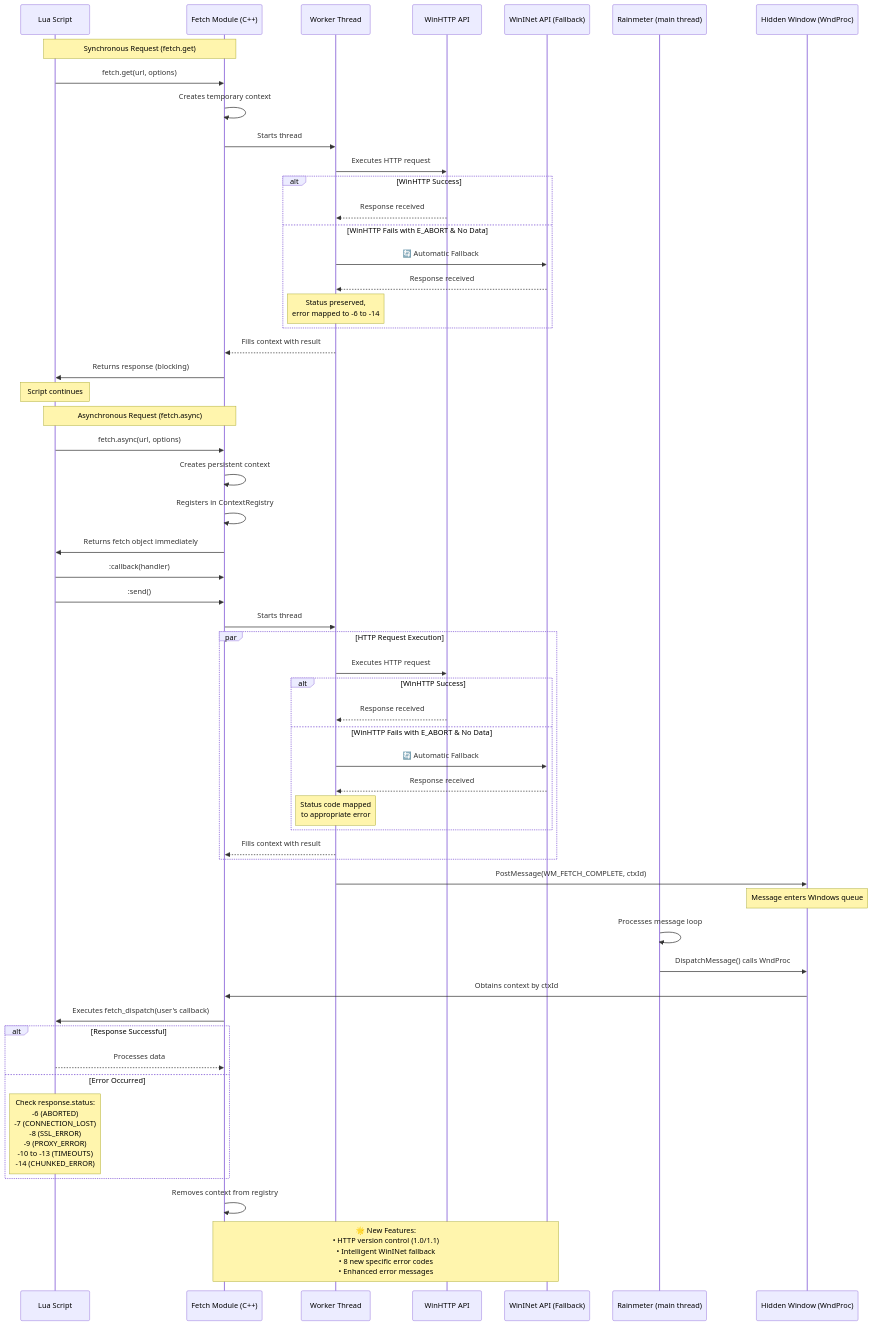
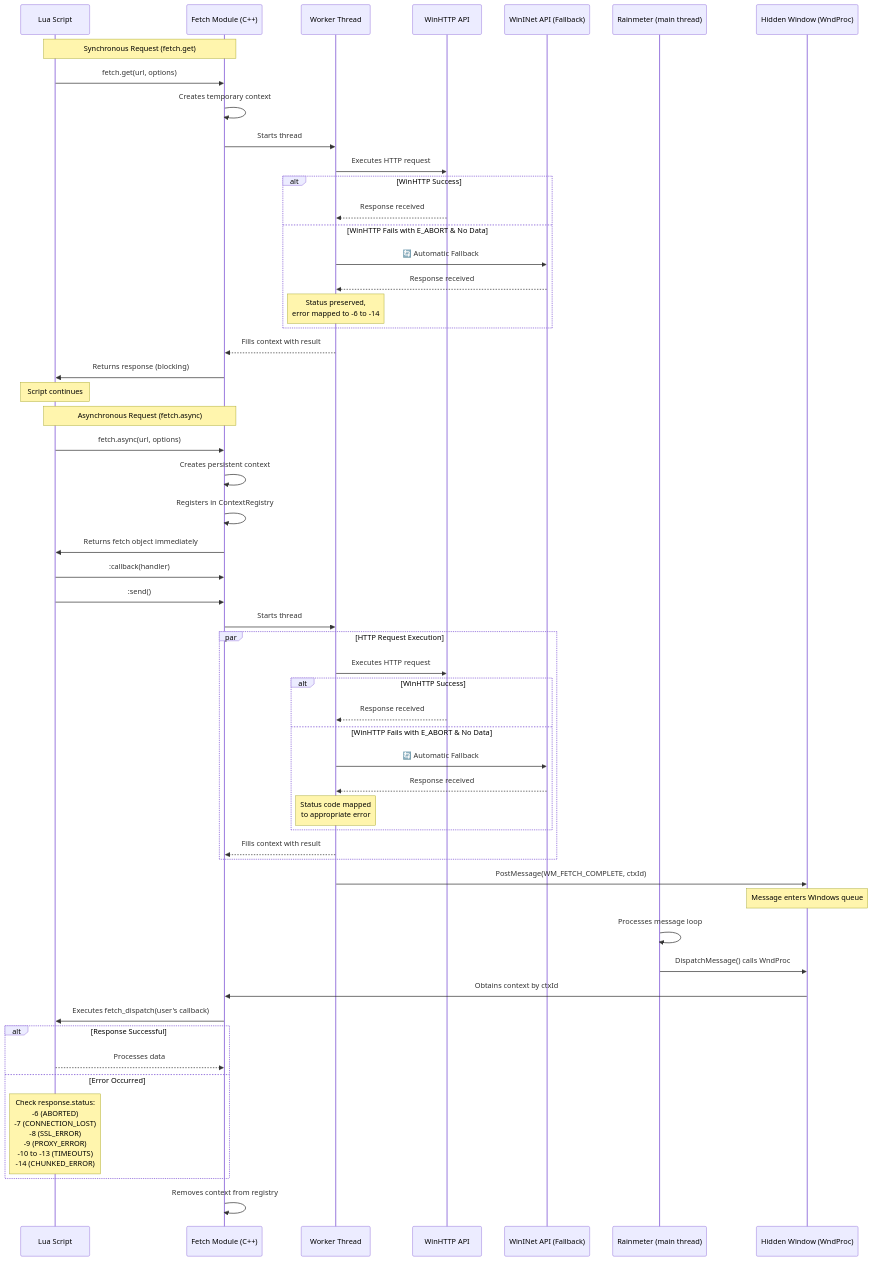
Before and after one commit to F4Jonatas/RainJIT: the diagram in assets/doc/FETCH-README.md, drawn with Mermaid. The commit also changed 96 other files, not shown here.

````diff
--- a/assets/doc/FETCH-README.md
+++ b/assets/doc/FETCH-README.md
@@ -881,71 +881,69 @@
 ```mermaid
 sequenceDiagram
     participant Lua as Lua Script
     participant Fetch as Fetch Module (C++)
     participant Worker as Worker Thread
     participant WinHTTP as WinHTTP API
     participant WinINet as WinINet API (Fallback)
     participant Rainmeter as Rainmeter (main thread)
     participant WndProc as Hidden Window (WndProc)
 
     Note over Lua,Fetch: Synchronous Request (fetch.get)
     Lua->>Fetch: fetch.get(url, options)
     Fetch->>Fetch: Creates temporary context
     Fetch->>Worker: Starts thread
     Worker->>WinHTTP: Executes HTTP request
 
     alt WinHTTP Success
         WinHTTP-->>Worker: Response received
     else WinHTTP Fails with E_ABORT & No Data
         Worker->>WinINet: 🔄 Automatic Fallback
         WinINet-->>Worker: Response received
         Note over Worker: Status preserved,<br/>error mapped to -6 to -14
     end
 
     Worker-->>Fetch: Fills context with result
     Fetch->>Lua: Returns response (blocking)
     Note over Lua: Script continues
 
     Note over Lua,Fetch: Asynchronous Request (fetch.async)
     Lua->>Fetch: fetch.async(url, options)
     Fetch->>Fetch: Creates persistent context
     Fetch->>Fetch: Registers in ContextRegistry
     Fetch->>Lua: Returns fetch object immediately
 
     Lua->>Fetch: :callback(handler)
     Lua->>Fetch: :send()
     Fetch->>Worker: Starts thread
 
     par HTTP Request Execution
         Worker->>WinHTTP: Executes HTTP request
 
         alt WinHTTP Success
             WinHTTP-->>Worker: Response received
         else WinHTTP Fails with E_ABORT & No Data
             Worker->>WinINet: 🔄 Automatic Fallback
             WinINet-->>Worker: Response received
             Note over Worker: Status code mapped<br/>to appropriate error
         end
 
         Worker-->>Fetch: Fills context with result
     end
 
     Worker->>WndProc: PostMessage(WM_FETCH_COMPLETE, ctxId)
     Note over WndProc: Message enters Windows queue
 
     Rainmeter->>Rainmeter: Processes message loop
     Rainmeter->>WndProc: DispatchMessage() calls WndProc
     WndProc->>Fetch: Obtains context by ctxId
 
     Fetch->>Lua: Executes fetch_dispatch(user's callback)
 
     alt Response Successful
         Lua-->>Fetch: Processes data
     else Error Occurred
         Note over Lua: Check response.status:<br/>-6 (ABORTED)<br/>-7 (CONNECTION_LOST)<br/>-8 (SSL_ERROR)<br/>-9 (PROXY_ERROR)<br/>-10 to -13 (TIMEOUTS)<br/>-14 (CHUNKED_ERROR)
     end
 
     Fetch->>Fetch: Removes context from registry
-
-    Note over Fetch,WinINet: 🌟 New Features:<br/>• HTTP version control (1.0/1.1)<br/>• Intelligent WinINet fallback<br/>• 8 new specific error codes<br/>• Enhanced error messages
 ```
````
